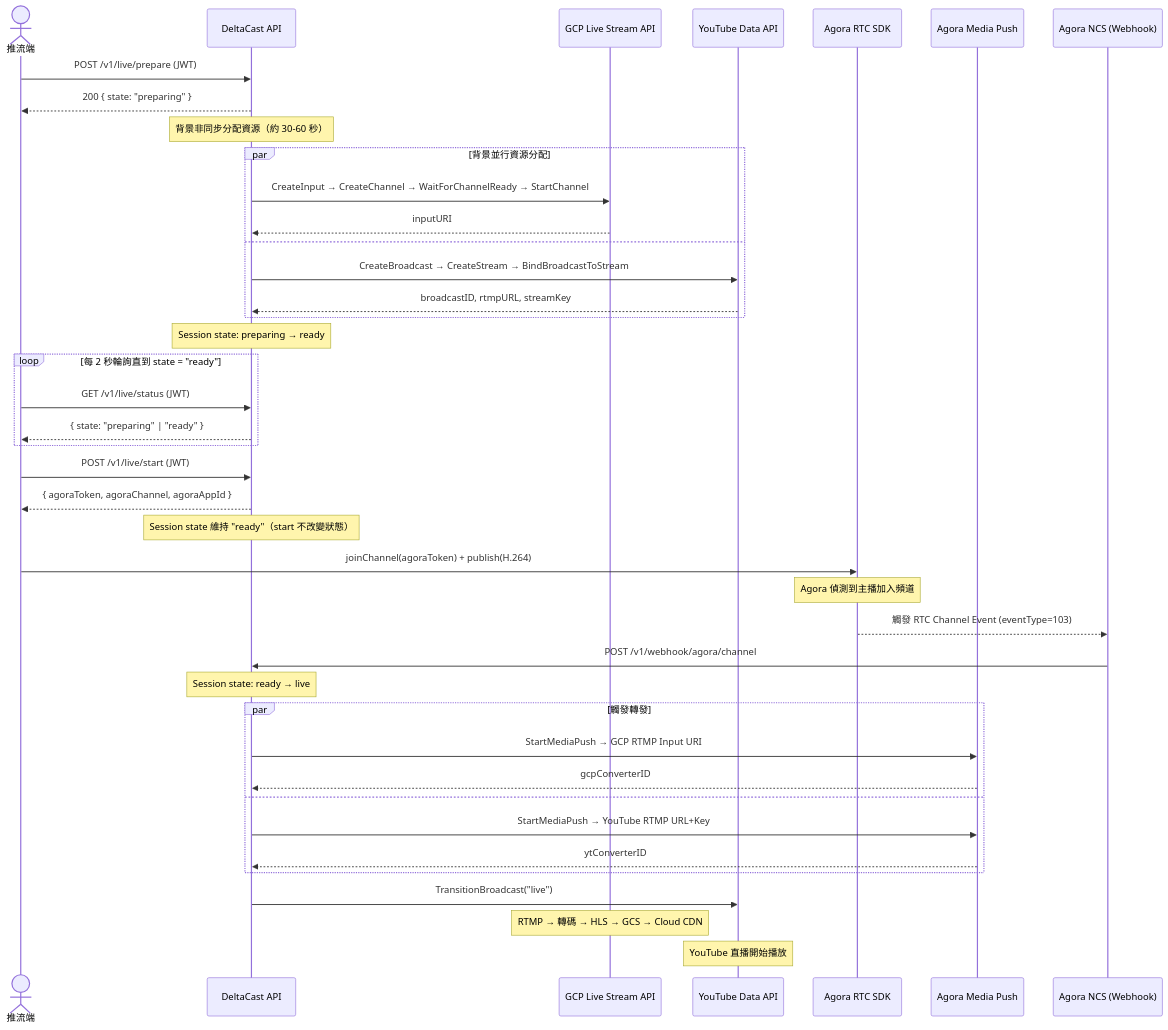
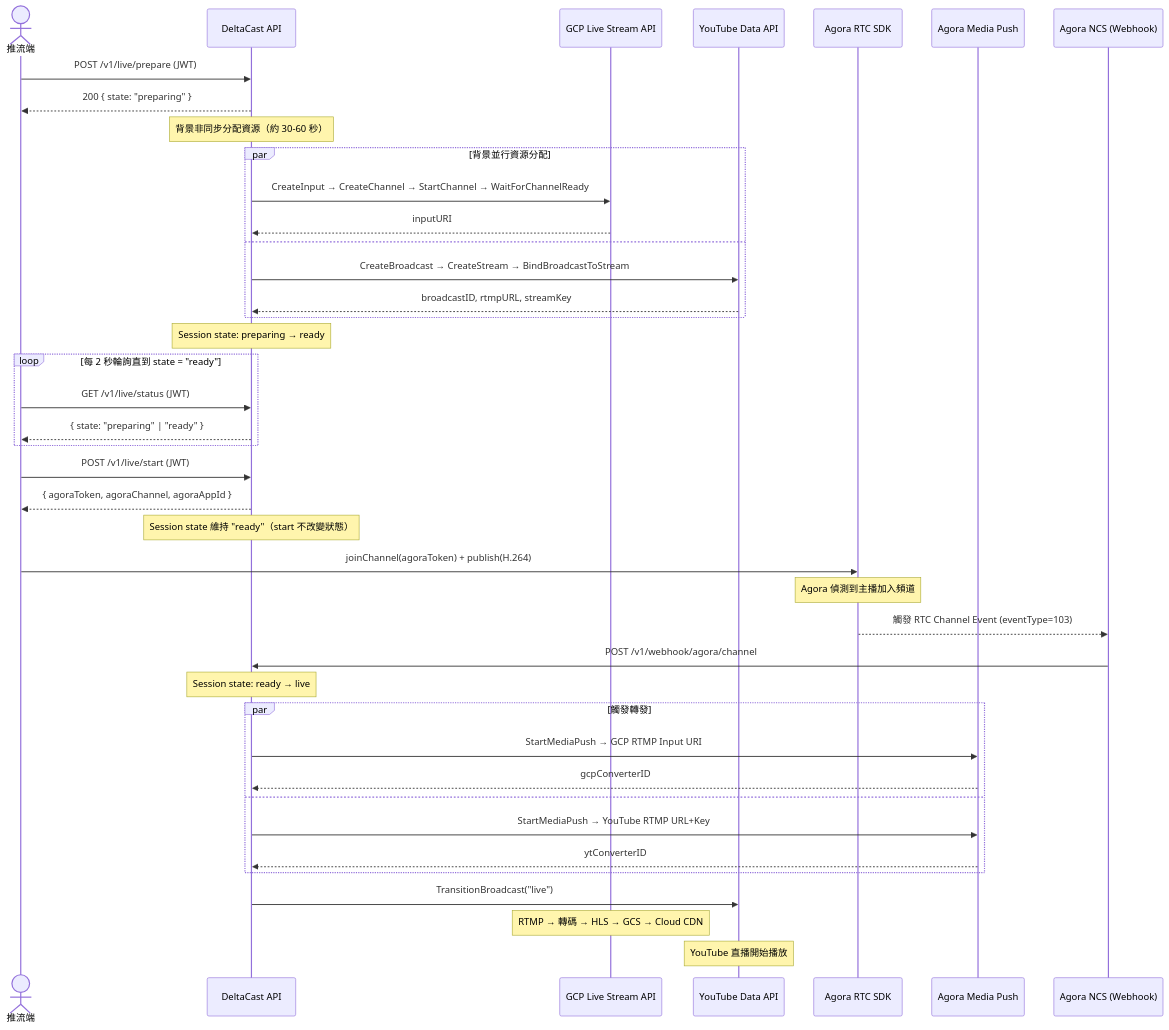
One commit to maxence2997/delta-cast changed the second of 4 diagrams in doc/spec.md. Above: the diagram before and after it, drawn with Mermaid. The commit also changed 4 other files, not shown here.

````diff
--- a/doc/spec.md
+++ b/doc/spec.md
@@ -89,53 +89,53 @@
 ```mermaid
 sequenceDiagram
     actor Streamer as 推流端
     participant API as DeltaCast API
     participant GCP as GCP Live Stream API
     participant YT as YouTube Data API
     participant AgoraRTC as Agora RTC SDK
     participant AgoraMP as Agora Media Push
     participant NCS as Agora NCS (Webhook)
 
     Streamer->>API: POST /v1/live/prepare (JWT)
     API-->>Streamer: 200 { state: "preparing" }
     Note over API: 背景非同步分配資源（約 30-60 秒）
 
     par 背景並行資源分配
-        API->>GCP: CreateInput → CreateChannel → WaitForChannelReady → StartChannel
+        API->>GCP: CreateInput → CreateChannel → StartChannel → WaitForChannelReady
         GCP-->>API: inputURI
     and
         API->>YT: CreateBroadcast → CreateStream → BindBroadcastToStream
         YT-->>API: broadcastID, rtmpURL, streamKey
     end
 
     Note over API: Session state: preparing → ready
 
     loop 每 2 秒輪詢直到 state = "ready"
         Streamer->>API: GET /v1/live/status (JWT)
         API-->>Streamer: { state: "preparing" | "ready" }
     end
 
     Streamer->>API: POST /v1/live/start (JWT)
     API-->>Streamer: { agoraToken, agoraChannel, agoraAppId }
     Note over API: Session state 維持 "ready"（start 不改變狀態）
 
     Streamer->>AgoraRTC: joinChannel(agoraToken) + publish(H.264)
     Note over AgoraRTC: Agora 偵測到主播加入頻道
 
     AgoraRTC-->>NCS: 觸發 RTC Channel Event (eventType=103)
     NCS->>API: POST /v1/webhook/agora/channel
     Note over API: Session state: ready → live
 
     par 觸發轉發
         API->>AgoraMP: StartMediaPush → GCP RTMP Input URI
         AgoraMP-->>API: gcpConverterID
     and
         API->>AgoraMP: StartMediaPush → YouTube RTMP URL+Key
         AgoraMP-->>API: ytConverterID
     end
 
     API->>YT: TransitionBroadcast("live")
 
     Note over GCP: RTMP → 轉碼 → HLS → GCS → Cloud CDN
     Note over YT: YouTube 直播開始播放
 ```
````
